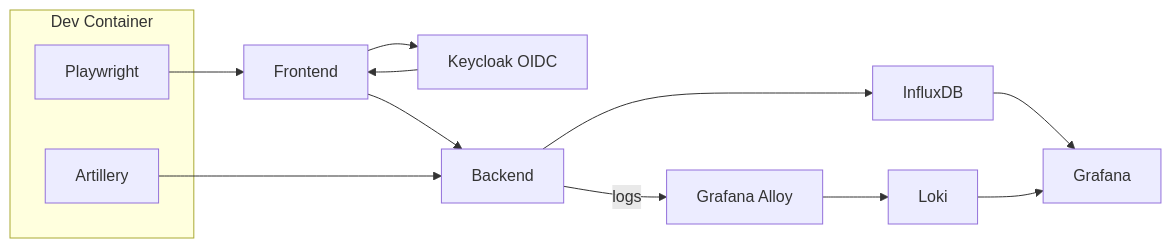
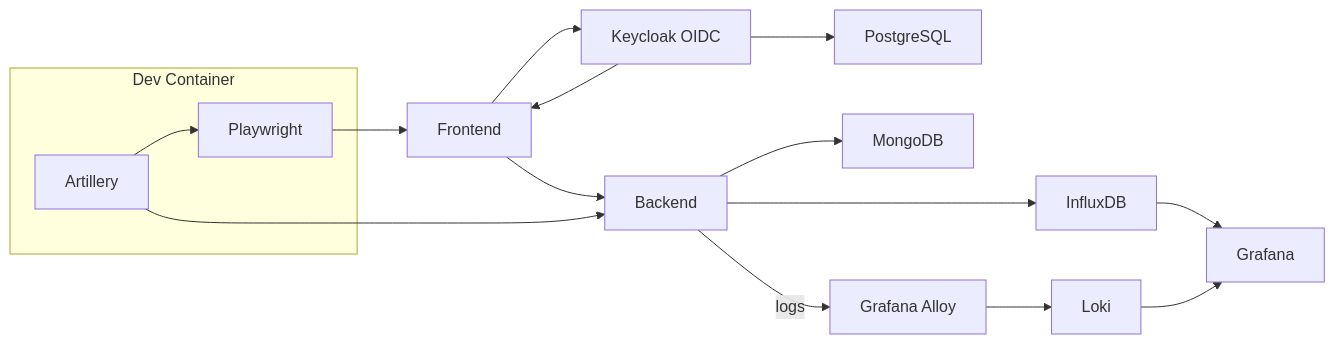
Before and after one commit to ValentinTwin1206/modern-python-devops-egineering: the diagram in docs/chapter-04/section-03.md, drawn with Mermaid. The commit also changed other lines of this file and 2 other files, not shown here.

````diff
--- a/docs/chapter-04/section-03.md
+++ b/docs/chapter-04/section-03.md
@@ -7,17 +7,20 @@
 ```mermaid
 flowchart LR
-		F --> K["Keycloak OIDC"]
-		K --> F["Frontend"]
-		F --> A["Backend"]
-		A --> INFLUXDB["InfluxDB"]
-		INFLUXDB --> GRAFANA["Grafana"]
+    F["Frontend"] --> K["Keycloak OIDC"]
+    K --> F
+    K --> P["PostgreSQL"]
+    F --> A["Backend"]
+    A --> M["MongoDB"]
+    A --> INFLUXDB["InfluxDB"]
+    INFLUXDB --> GRAFANA["Grafana"]
     A -->|logs| ALLOY["Grafana Alloy"]
     ALLOY --> LOKI["Loki"]
     LOKI --> GRAFANA
-		subgraph DEVCONTAINER["Dev Container"]
-			PW["Playwright"]
-			ART["Artillery"]
-		end
-		PW --> F
-		ART --> A
+    subgraph DEVCONTAINER["Dev Container"]
+        PW["Playwright"]
+        ART["Artillery"]
+    end
+    PW --> F
+    ART --> PW
+    ART --> A
 ```
````
